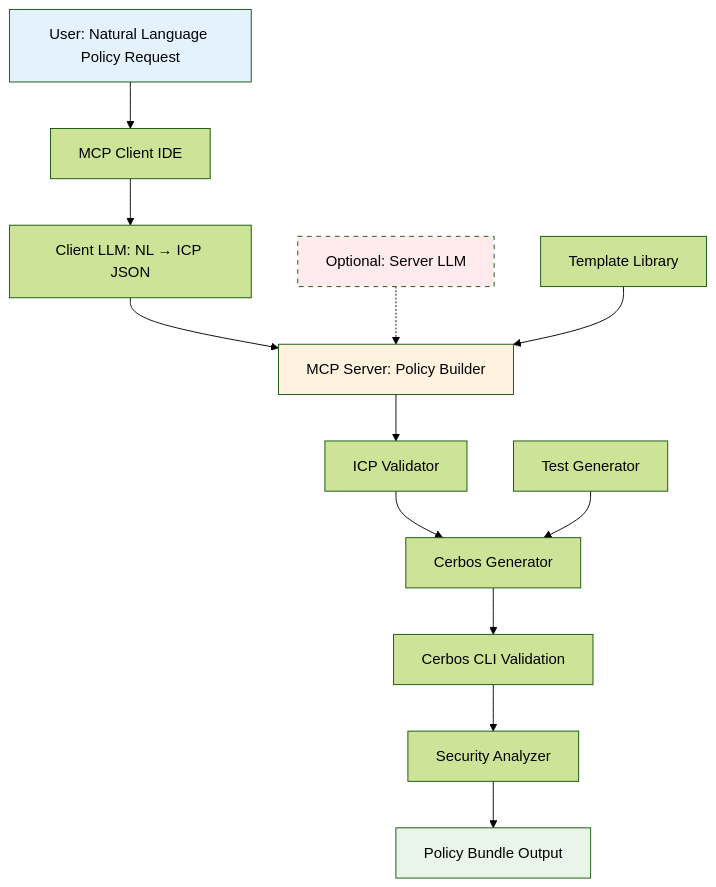
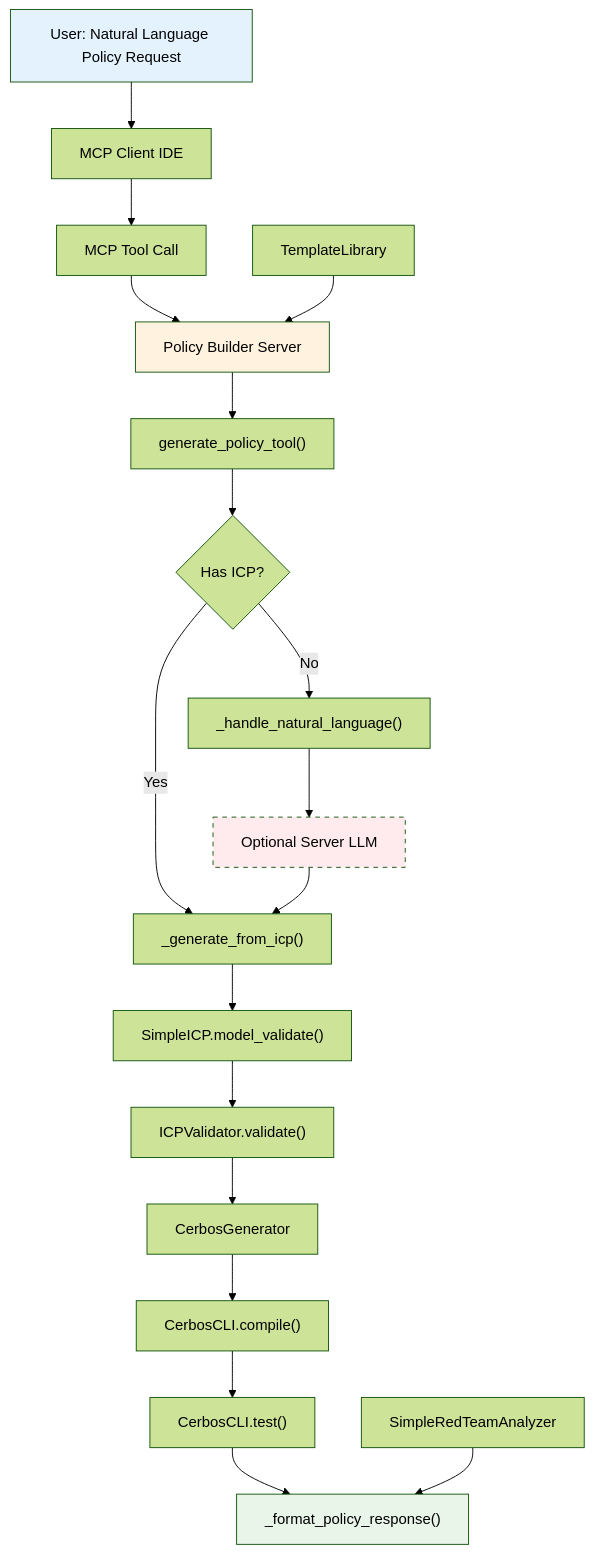
Before and after one commit to GlassTape/agent-policy-builder-mcp: the second of 2 diagrams in docs/technical-design.md, drawn with Mermaid (forest theme). The commit also changed other lines of this file, not shown here.

````diff
--- a/docs/technical-design.md
+++ b/docs/technical-design.md
@@ -82,20 +140,26 @@
 ```mermaid
 flowchart TD
-    A[User: Natural Language Policy Request] --> B[MCP Client IDE]
-    B --> C[Client LLM: NL → ICP JSON]
-    C --> D[MCP Server: Policy Builder]
-    D --> E[ICP Validator]
-    E --> F[Cerbos Generator]
-    F --> G[Cerbos CLI Validation]
-    G --> H[Security Analyzer]
-    H --> I[Policy Bundle Output]
+    A["User: Natural Language Policy Request"] --> B["MCP Client IDE"]
+    B --> C["MCP Tool Call"]
+    C --> D["Policy Builder Server"]
+    D --> E["generate_policy_tool()"]
+    E --> F{"Has ICP?"}
+    F -->|"Yes"| G["_generate_from_icp()"]
+    F -->|"No"| H["_handle_natural_language()"]
+    H --> I["Optional Server LLM"]
+    I --> G
+    G --> J["SimpleICP.model_validate()"]
+    J --> K["ICPValidator.validate()"]
+    K --> L["CerbosGenerator"]
+    L --> M["CerbosCLI.compile()"]
+    M --> N["CerbosCLI.test()"]
+    N --> O["_format_policy_response()"]
     
-    J[Optional: Server LLM] -.-> D
-    K[Template Library] --> D
-    L[Test Generator] --> F
+    P["TemplateLibrary"] --> D
+    Q["SimpleRedTeamAnalyzer"] --> O
     
     style A fill:#e3f2fd
-    style I fill:#e8f5e8
+    style O fill:#e8f5e8
     style D fill:#fff3e0
-    style J fill:#ffebee,stroke-dasharray: 5 5
+    style I fill:#ffebee,stroke-dasharray: 5 5
 ```
````
